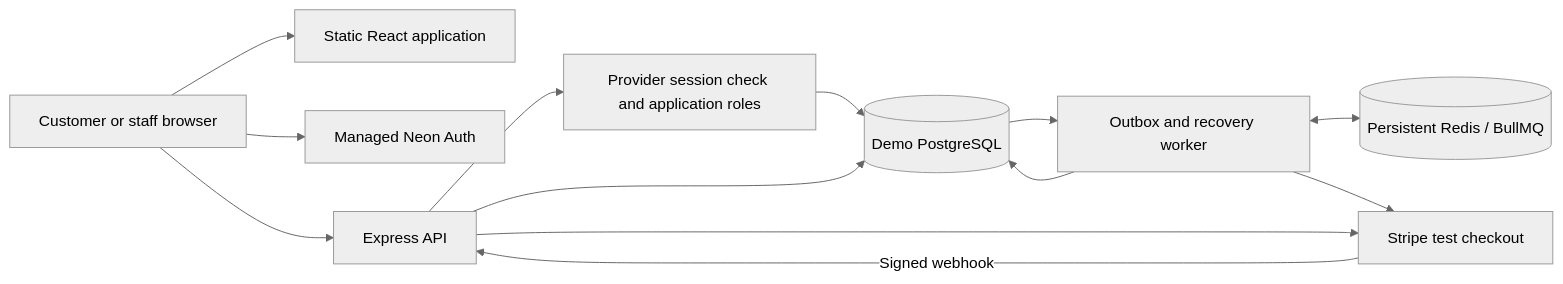
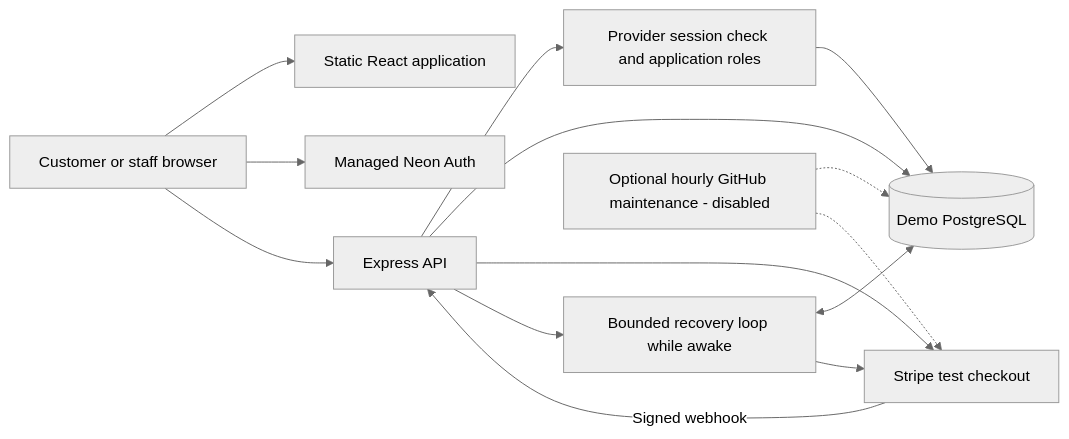
The diagram in docs/ARCHITECTURE.md (benbinu173/Docklane), drawn with Mermaid (neutral theme) before and after one commit. The commit also changed other lines of this file and 15 other files, not shown here.

````diff
--- a/docs/ARCHITECTURE.md
+++ b/docs/ARCHITECTURE.md
@@ -5,15 +5,16 @@
 ```mermaid
 flowchart LR
   Browser[Customer or staff browser] --> Web[Static React application]
   Browser --> Auth[Managed Neon Auth]
   Browser --> API[Express API]
   API --> Sessions[Provider session check and application roles]
   Sessions --> DB[(Demo PostgreSQL)]
   API --> DB
   API --> Stripe[Stripe test checkout]
   Stripe -->|Signed webhook| API
-  DB --> Worker[Outbox and recovery worker]
-  Worker <--> Queue[(Persistent Redis / BullMQ)]
-  Worker --> DB
-  Worker --> Stripe
+  API --> Recovery[Bounded recovery loop while awake]
+  Recovery <--> DB
+  Recovery --> Stripe
+  Maintenance[Optional hourly GitHub maintenance - disabled] -.-> DB
+  Maintenance -.-> Stripe
 ```
````
